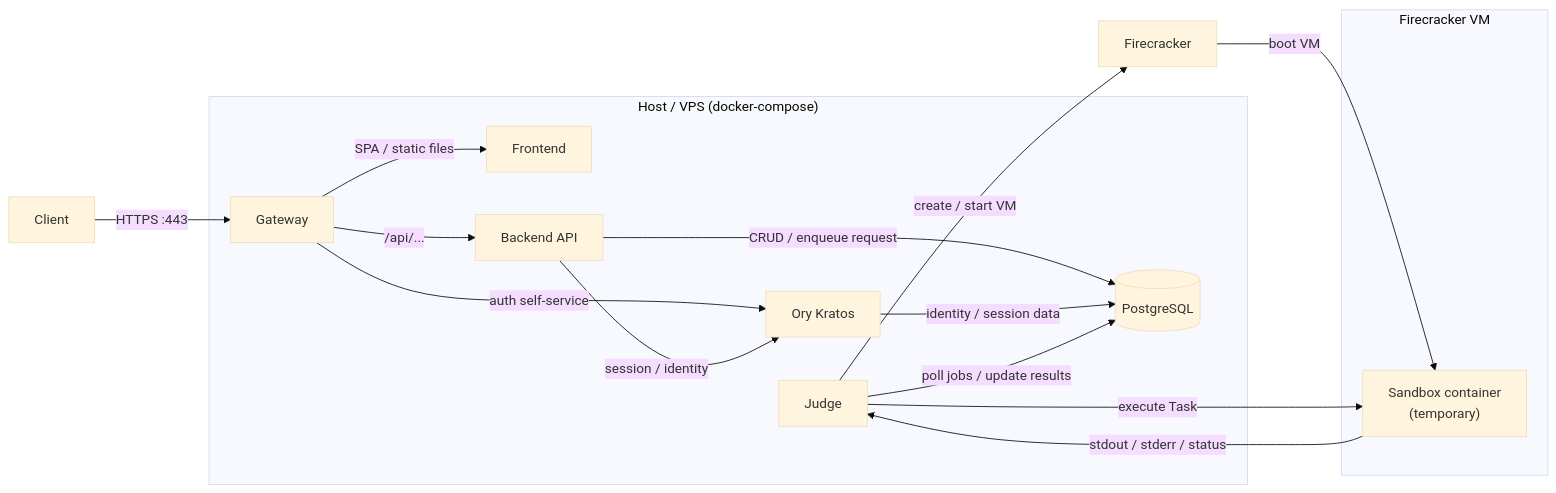
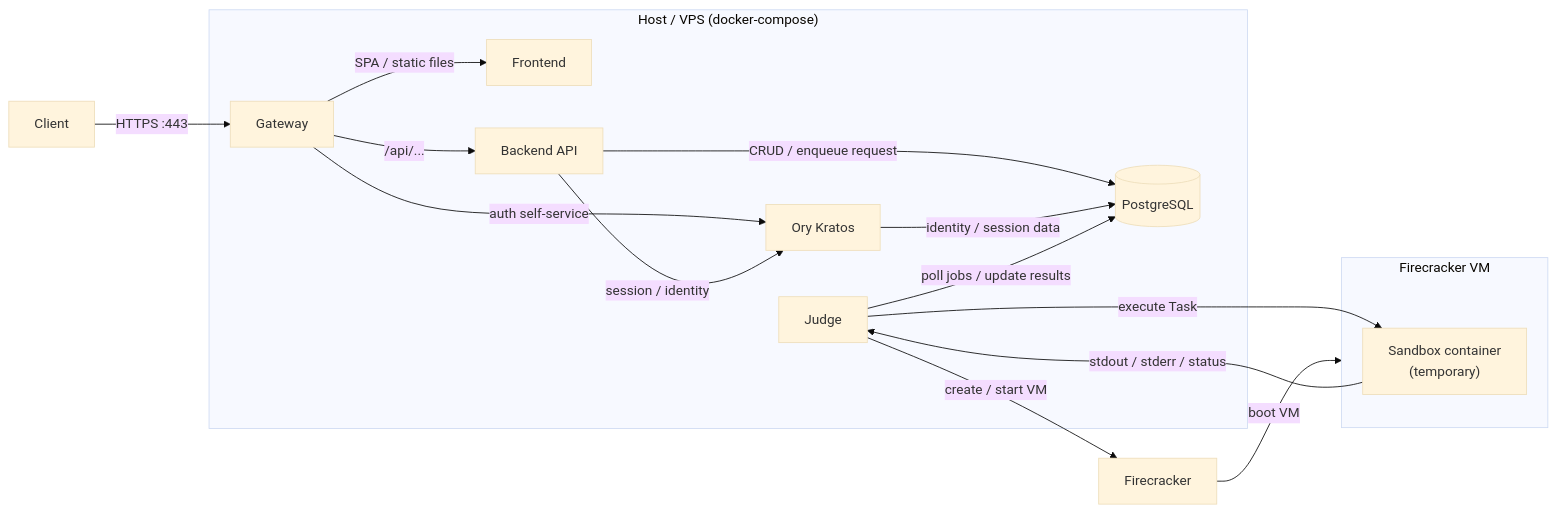
The diagram in docs/spec/README.md (dsa-uts/dsa-project), drawn with Mermaid (base theme) before and after one commit. The commit also changed other lines of this file, not shown here.

````diff
--- a/docs/spec/README.md
+++ b/docs/spec/README.md
@@ -76,34 +74,34 @@
 ```mermaid
 flowchart LR
   client[Client]
 
   subgraph host["Host / VPS (docker-compose)"]
     GW[Gateway]
     FE[Frontend]
     BE[Backend API]
     KR[Ory Kratos]
     DB[(PostgreSQL)]
     JD[Judge]
   end
 
   subgraph vm["Firecracker VM"]
     sandbox["Sandbox container<br/>(temporary)"]
   end
 
   FC[Firecracker]
 
   client -->|HTTPS :443| GW
   GW -->|SPA / static files| FE
   GW -->|/api/...| BE
   GW -->|auth self-service| KR
 
   BE -->|session / identity| KR
   BE -->|CRUD / enqueue request| DB
   KR -->|identity / session data| DB
 
   JD -->|poll jobs / update results| DB
   JD -->|create / start VM| FC
-  FC -->|boot VM| sandbox
+  FC -->|boot VM| vm
   JD -->|execute Task| sandbox
   sandbox -->|stdout / stderr / status| JD
 ```
````
